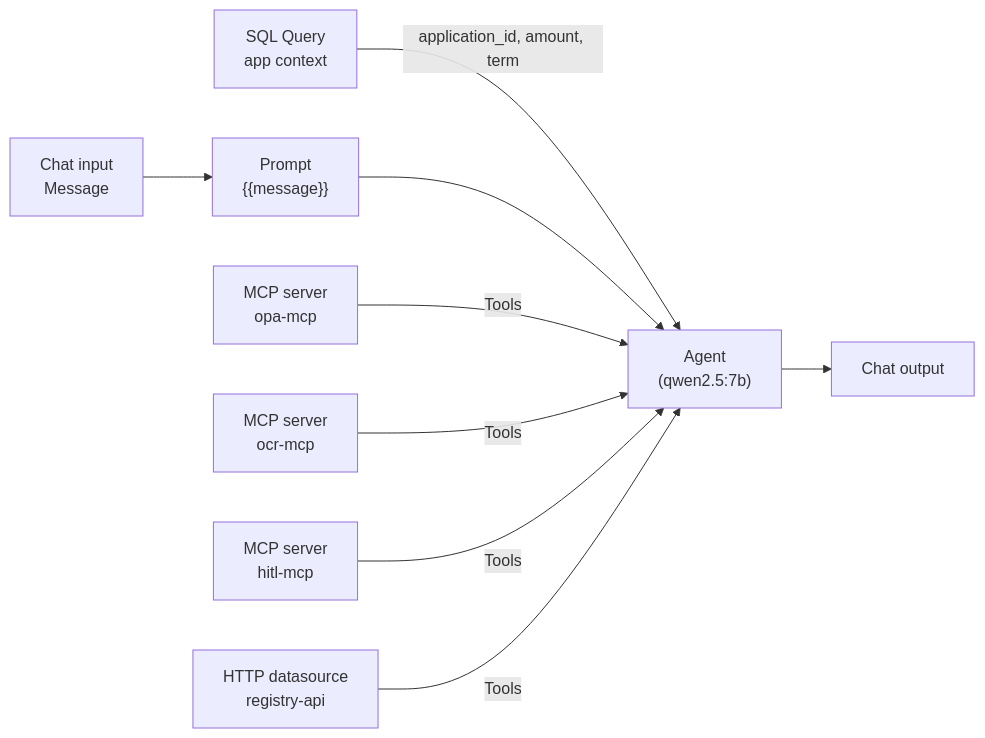
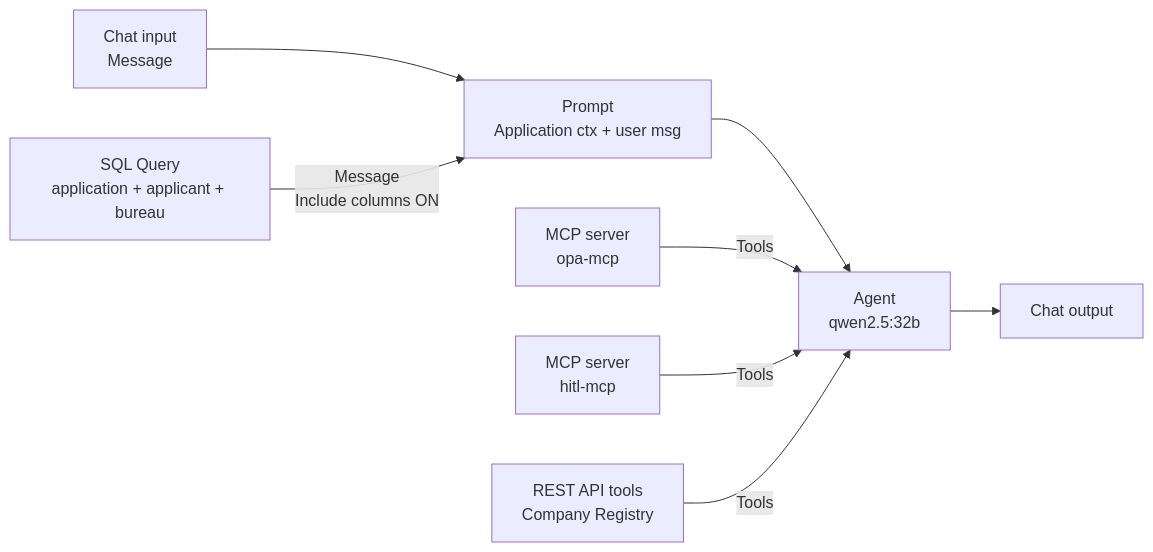
The diagram in paf/flows/CHAT_AGENT.md (vmleon/oracle-database-private-agent-factory-poc), drawn with Mermaid before and after one commit. The commit also changed other lines of this file and 5 other files, not shown here.

Commit message:
feat(chat_agent): rebase blueprint on qwen2.5:32b and capture lessons

````diff
--- a/paf/flows/CHAT_AGENT.md
+++ b/paf/flows/CHAT_AGENT.md
@@ -31,11 +30,10 @@
 ```mermaid
 flowchart LR
-    CI["Chat input<br/>Message"] --> P["Prompt<br/>{{message}}"]
-    CTX["SQL Query<br/>app context"] -->|application_id, amount, term| A
-    P --> A["Agent<br/>(qwen2.5:7b)"]
+    CI["Chat input<br/>Message"] --> P["Prompt<br/>Application ctx + user msg"]
+    CTX["SQL Query<br/>application + applicant + bureau"] -->|Message<br/>Include columns ON| P
+    P --> A["Agent<br/>qwen2.5:32b"]
     M1["MCP server<br/>opa-mcp"] -->|Tools| A
-    M2["MCP server<br/>ocr-mcp"] -->|Tools| A
     M3["MCP server<br/>hitl-mcp"] -->|Tools| A
-    DS["HTTP datasource<br/>registry-api"] -->|Tools| A
+    DS["REST API tools<br/>Company Registry"] -->|Tools| A
     A --> CO["Chat output"]
 ```
````
